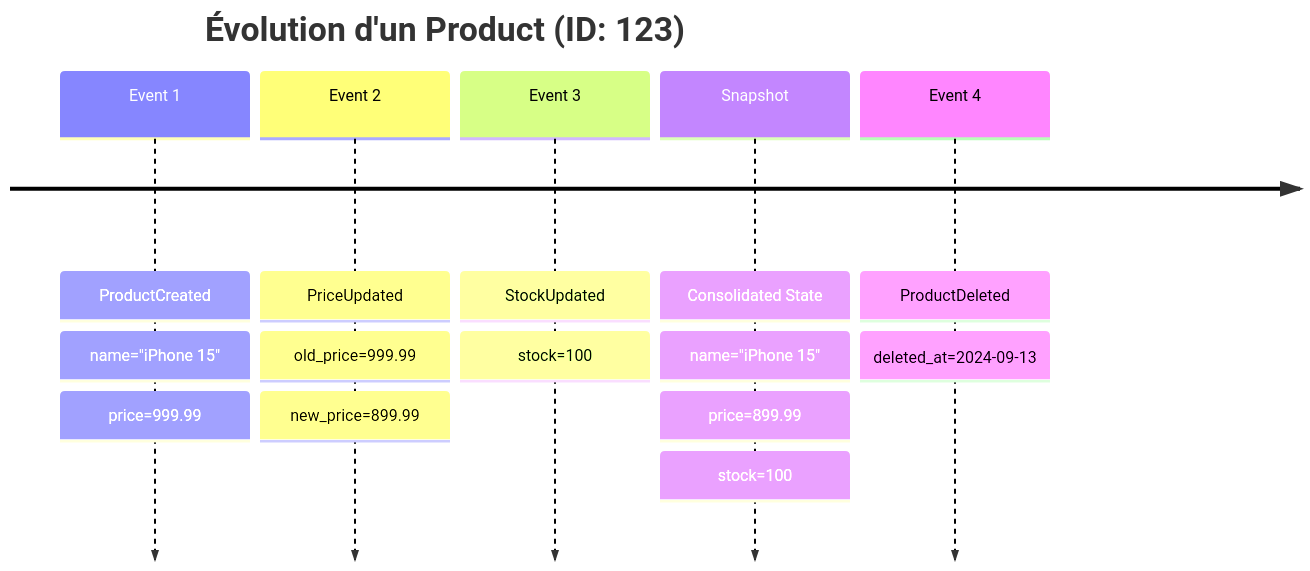
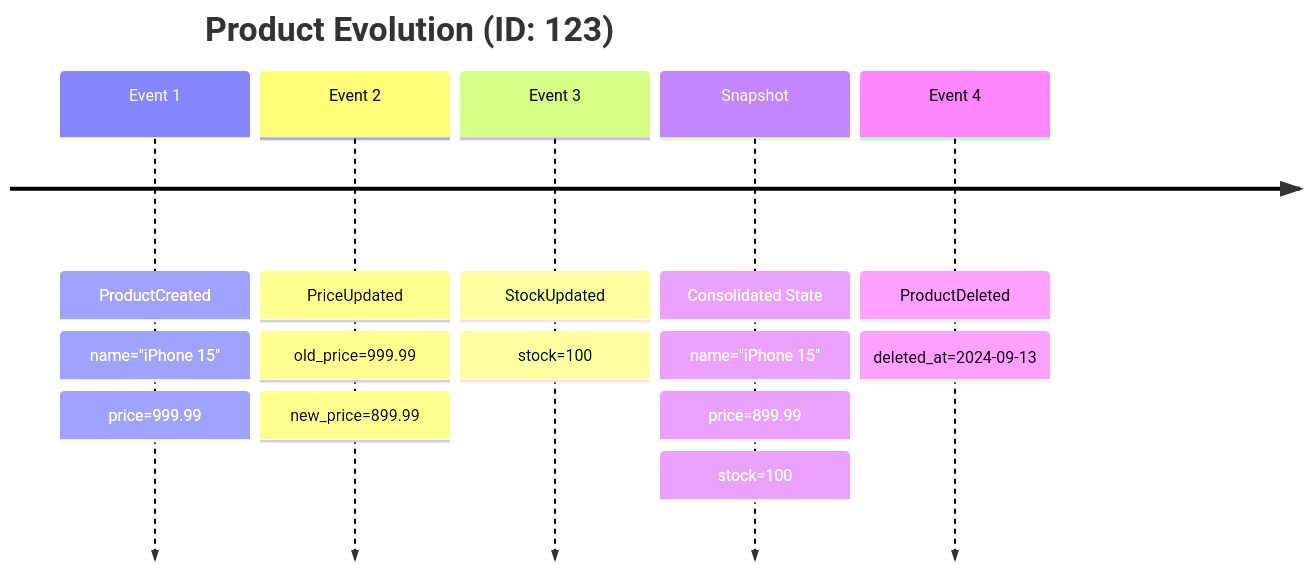
Before and after one commit to lithair/lithair: the seventh of 9 diagrams in docs/architecture/data-flow.md, drawn with Mermaid. The commit also changed other lines of this file and 84 other files, not shown here.

````diff
--- a/docs/architecture/data-flow.md
+++ b/docs/architecture/data-flow.md
@@ -231,23 +231,23 @@
 ```mermaid
 timeline
-    title Évolution d'un Product (ID: 123)
-    
+    title Product Evolution (ID: 123)
+
     Event 1 : ProductCreated
              : name="iPhone 15"
              : price=999.99
-             
-    Event 2 : PriceUpdated  
+
+    Event 2 : PriceUpdated
              : old_price=999.99
              : new_price=899.99
-             
+
     Event 3 : StockUpdated
              : stock=100
-             
+
     Snapshot : Consolidated State
              : name="iPhone 15"
              : price=899.99
              : stock=100
-             
+
     Event 4 : ProductDeleted
              : deleted_at=2024-09-13
 ```
````
